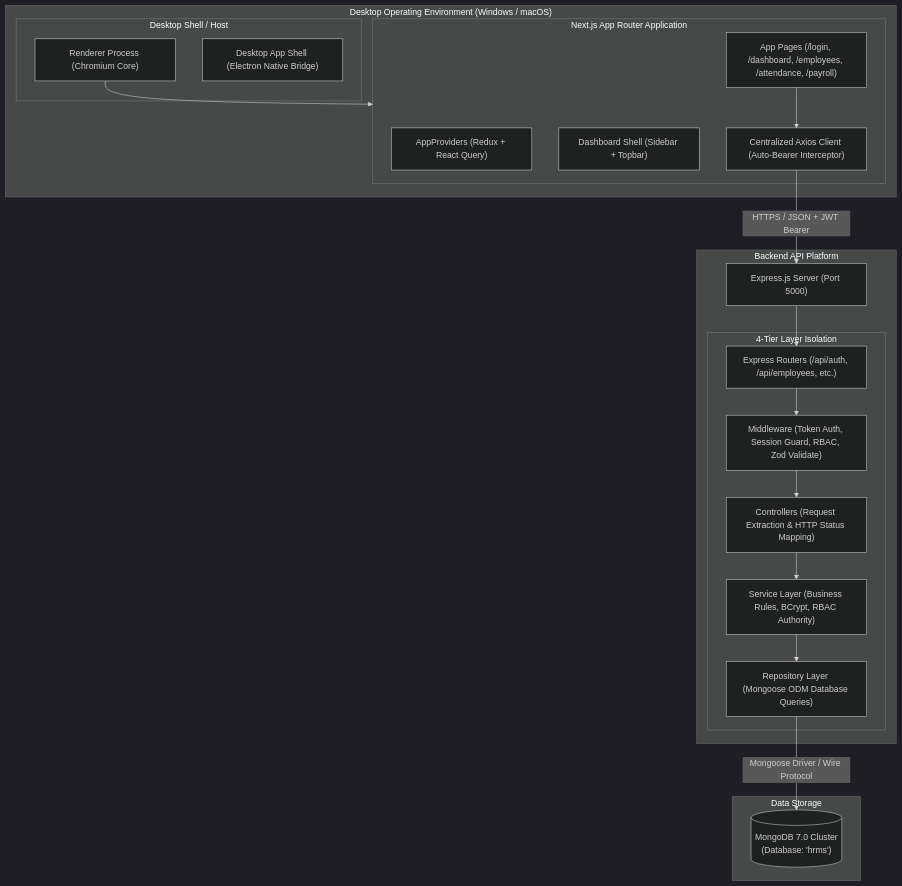
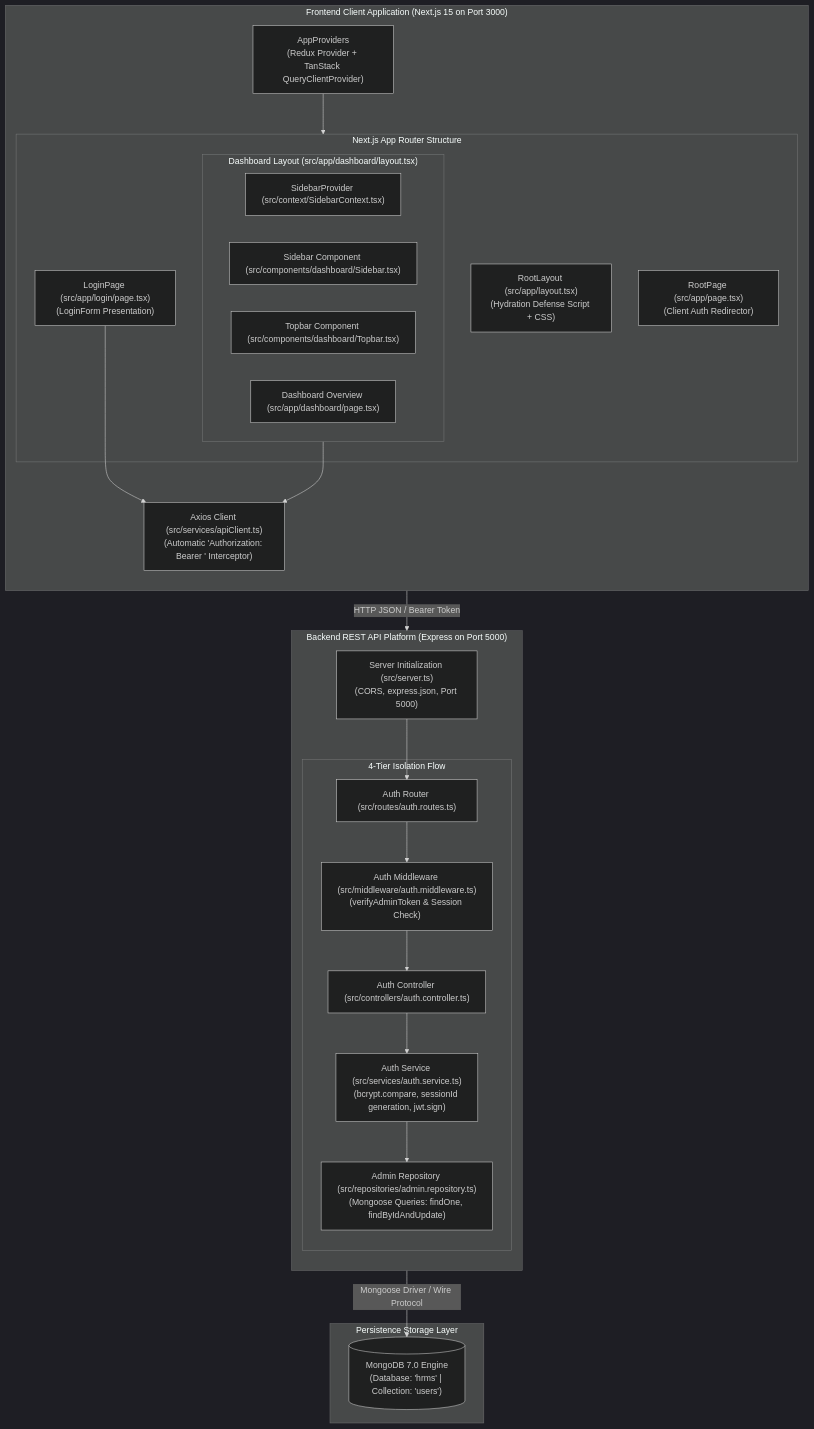
One commit to SojitraParth02/HRMS changed the first of 4 diagrams in SYSTEM_ARCHITECTURE_DOCUMENTATION.md. Above: the diagram before and after it, drawn with Mermaid (dark theme). The commit also changed other lines of this file, not shown here.

Commit message:
docs: establish living architecture documentation reflecting only active codebase

````diff
--- a/SYSTEM_ARCHITECTURE_DOCUMENTATION.md
+++ b/SYSTEM_ARCHITECTURE_DOCUMENTATION.md
@@ -90,42 +72,50 @@
 ```mermaid
 flowchart TB
-    subgraph DesktopEnvironment["Desktop Operating Environment (Windows / macOS)"]
-        subgraph ElectronHost["Desktop Shell / Host"]
-            WindowRenderer["Renderer Process (Chromium Core)"]
-            NativeBridge["Desktop App Shell (Electron Native Bridge)"]
+    subgraph ClientLayer["Frontend Client Application (Next.js 15 on Port 3000)"]
+        direction TB
+        AppProviders["AppProviders\n(Redux Provider + TanStack QueryClientProvider)"]
+        
+        subgraph RouteTree["Next.js App Router Structure"]
+            RootLayout["RootLayout (src/app/layout.tsx)\n(Hydration Defense Script + CSS)"]
+            RootPage["RootPage (src/app/page.tsx)\n(Client Auth Redirector)"]
+            LoginPage["LoginPage (src/app/login/page.tsx)\n(LoginForm Presentation)"]
+            
+            subgraph DashboardShell["Dashboard Layout (src/app/dashboard/layout.tsx)"]
+                SidebarContext["SidebarProvider (src/context/SidebarContext.tsx)"]
+                Sidebar["Sidebar Component (src/components/dashboard/Sidebar.tsx)"]
+                Topbar["Topbar Component (src/components/dashboard/Topbar.tsx)"]
+                DashboardPage["Dashboard Overview (src/app/dashboard/page.tsx)"]
+            end
         end
 
-        subgraph NextFrontend["Next.js App Router Application"]
-            AppProviders["AppProviders (Redux + React Query)"]
-            DashboardLayout["Dashboard Shell (Sidebar + Topbar)"]
-            UIRoutes["App Pages (/login, /dashboard, /employees, /attendance, /payroll)"]
-            ApiClient["Centralized Axios Client (Auto-Bearer Interceptor)"]
+        ApiClient["Axios Client (src/services/apiClient.ts)\n(Automatic 'Authorization: Bearer <token>' Interceptor)"]
+    end
+
+    subgraph BackendLayer["Backend REST API Platform (Express on Port 5000)"]
+        direction TB
+        Server["Server Initialization (src/server.ts)\n(CORS, express.json, Port 5000)"]
+        
+        subgraph LayeredFlow["4-Tier Isolation Flow"]
+            AuthRouter["Auth Router (src/routes/auth.routes.ts)"]
+            AuthMiddleware["Auth Middleware (src/middleware/auth.middleware.ts)\n(verifyAdminToken & Session Check)"]
+            AuthController["Auth Controller (src/controllers/auth.controller.ts)"]
+            AuthService["Auth Service (src/services/auth.service.ts)\n(bcrypt.compare, sessionId generation, jwt.sign)"]
+            AdminRepository["Admin Repository (src/repositories/admin.repository.ts)\n(Mongoose Queries: findOne, findByIdAndUpdate)"]
         end
     end
 
-    subgraph BackendInfrastructure["Backend API Platform"]
-        ExpressServer["Express.js Server (Port 5000)"]
-        
-        subgraph LayeredArchitecture["4-Tier Layer Isolation"]
-            Router["Express Routers (/api/auth, /api/employees, etc.)"]
-            Middleware["Middleware (Token Auth, Session Guard, RBAC, Zod Validate)"]
-            Controller["Controllers (Request Extraction & HTTP Status Mapping)"]
-            Service["Service Layer (Business Rules, BCrypt, RBAC Authority)"]
-            Repository["Repository Layer (Mongoose ODM Database Queries)"]
-        end
+    subgraph DatabaseCluster["Persistence Storage Layer"]
+        MongoDB[("MongoDB 7.0 Engine\n(Database: 'hrms' | Collection: 'users')")]
     end
 
-    subgraph PersistenceCluster["Data Storage"]
-        MongoDB[("MongoDB 7.0 Cluster\n(Database: 'hrms')")]
-    end
-
-    WindowRenderer --> NextFrontend
-    UIRoutes --> ApiClient
-    ApiClient -- "HTTPS / JSON + JWT Bearer" --> ExpressServer
-    ExpressServer --> Router
-    Router --> Middleware
-    Middleware --> Controller
-    Controller --> Service
-    Service --> Repository
-    Repository -- "Mongoose Driver / Wire Protocol" --> MongoDB
+    AppProviders --> RouteTree
+    LoginPage --> ApiClient
+    DashboardShell --> ApiClient
+    ApiClient -- "HTTP JSON / Bearer Token" --> Server
+    Server --> AuthRouter
+    AuthRouter --> AuthMiddleware
+    AuthMiddleware --> AuthController
+    AuthController --> AuthService
+    AuthService --> AdminRepository
+    AdminRepository -- "Mongoose Driver / Wire Protocol" --> MongoDB
 ```
````
